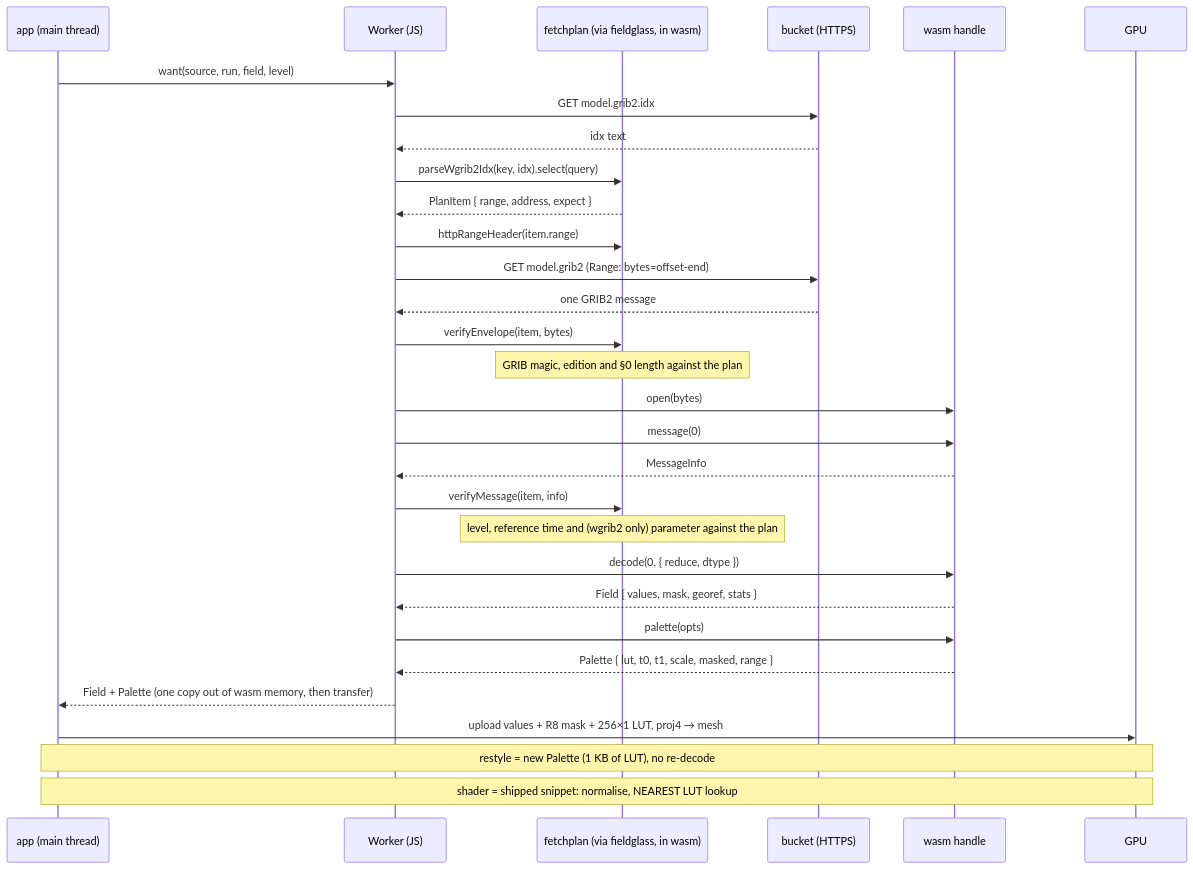
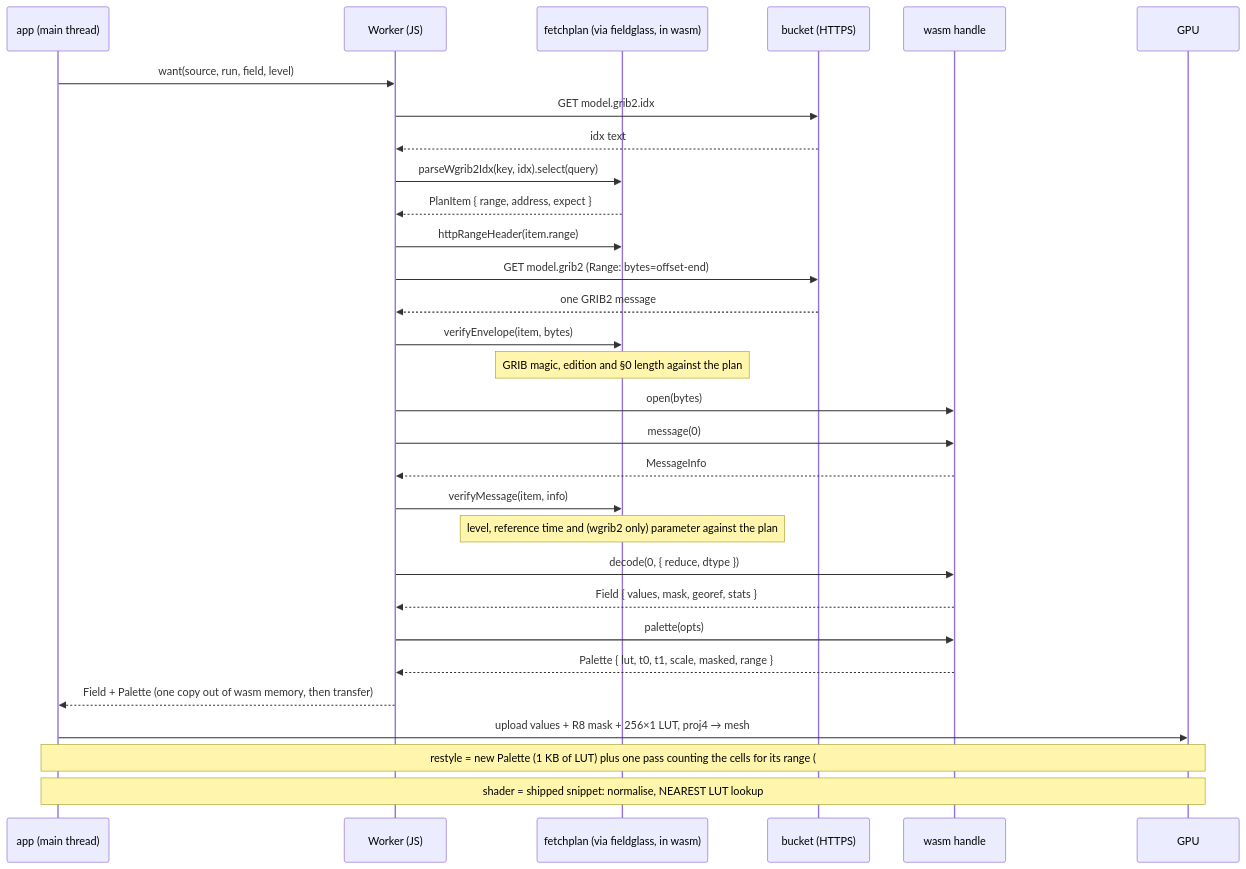
The third of 3 diagrams in docs/architecture/planned/04-hosts.md (D0ubleD0uble/fieldglass), drawn with Mermaid before and after one commit. The commit also changed 4 other files, not shown here.

First line of the commit message:
test(fieldglass): pin the reported range over masked cells and both widths

````diff
--- a/docs/architecture/planned/04-hosts.md
+++ b/docs/architecture/planned/04-hosts.md
@@ -74,33 +74,33 @@
 ```mermaid
 sequenceDiagram
     participant A as app (main thread)
     participant W as Worker (JS)
     participant P as fetchplan (via fieldglass, in wasm)
     participant B as bucket (HTTPS)
     participant H as wasm handle
     participant G as GPU
 
     A->>W: want(source, run, field, level)
     W->>B: GET model.grib2.idx
     B-->>W: idx text
     W->>P: parseWgrib2Idx(key, idx).select(query)
     P-->>W: PlanItem { range, address, expect }
     W->>P: httpRangeHeader(item.range)
     W->>B: GET model.grib2 (Range: bytes=offset-end)
     B-->>W: one GRIB2 message
     W->>P: verifyEnvelope(item, bytes)
     Note over P: GRIB magic, edition and §0 length against the plan
     W->>H: open(bytes)
     W->>H: message(0)
     H-->>W: MessageInfo
     W->>P: verifyMessage(item, info)
     Note over P: level, reference time and (wgrib2 only) parameter against the plan
     W->>H: decode(0, { reduce, dtype })
     H-->>W: Field { values, mask, georef, stats }
     W->>H: palette(opts)
     H-->>W: Palette { lut, t0, t1, scale, masked, range }
     W-->>A: Field + Palette (one copy out of wasm memory, then transfer)
     A->>G: upload values + R8 mask + 256×1 LUT, proj4 → mesh
-    Note over A,G: restyle = new Palette (1 KB of LUT), no re-decode
+    Note over A,G: restyle = new Palette (1 KB of LUT) plus one pass counting the cells for its range (#1156), no re-decode
     Note over A,G: shader = shipped snippet: normalise, NEAREST LUT lookup
 ```
````
